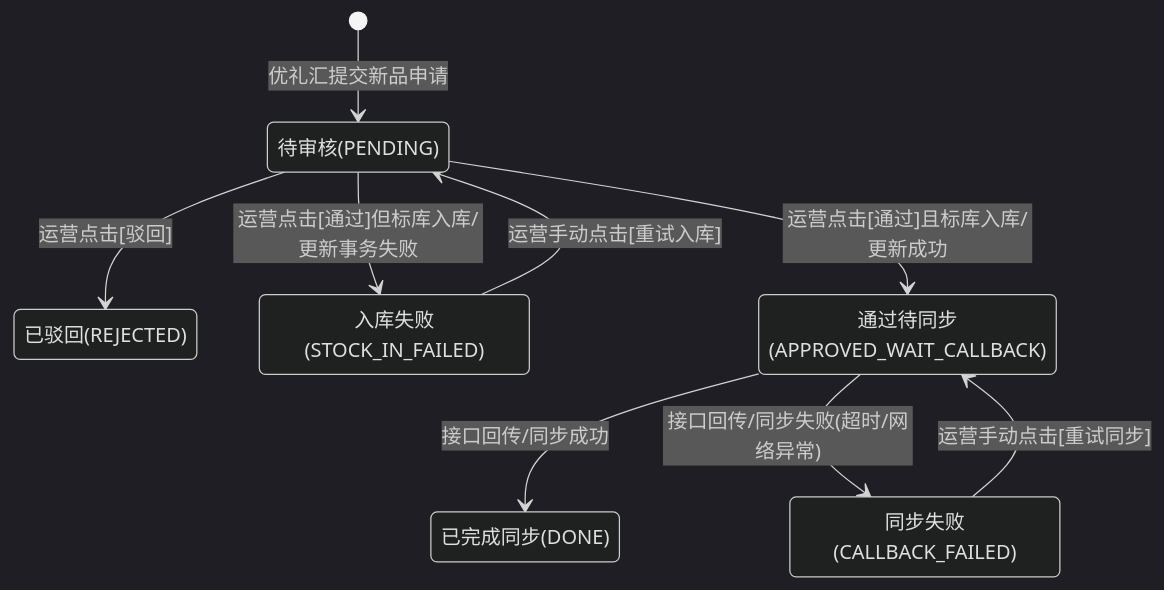
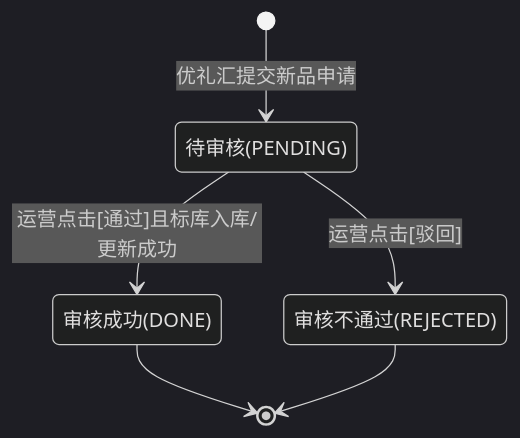
The first of 3 diagrams in .trae/documents/海典商品标库-优礼汇对接-可点击原型PRD.md (hnxief-code/shangpin-platform-sync), drawn with Mermaid (dark theme) before and after one commit. The commit also changed other lines of this file and 3 other files, not shown here.

````diff
--- a/.trae/documents/海典商品标库-优礼汇对接-可点击原型PRD.md
+++ b/.trae/documents/海典商品标库-优礼汇对接-可点击原型PRD.md
@@ -75,11 +73,8 @@
 ```mermaid
 stateDiagram-v2
     [*] --> 待审核(PENDING) : 优礼汇提交新品申请
-    待审核(PENDING) --> 已驳回(REJECTED) : 运营点击[驳回]
-    待审核(PENDING) --> 入库失败(STOCK_IN_FAILED) : 运营点击[通过]但标库入库/更新事务失败
-    入库失败(STOCK_IN_FAILED) --> 待审核(PENDING) : 运营手动点击[重试入库]
-    待审核(PENDING) --> 通过待同步(APPROVED_WAIT_CALLBACK) : 运营点击[通过]且标库入库/更新成功
-    通过待同步(APPROVED_WAIT_CALLBACK) --> 已完成同步(DONE) : 接口回传/同步成功
-    通过待同步(APPROVED_WAIT_CALLBACK) --> 同步失败(CALLBACK_FAILED) : 接口回传/同步失败(超时/网络异常)
-    同步失败(CALLBACK_FAILED) --> 通过待同步(APPROVED_WAIT_CALLBACK) : 运营手动点击[重试同步]
+    待审核(PENDING) --> 审核不通过(REJECTED) : 运营点击[驳回]
+    待审核(PENDING) --> 审核成功(DONE) : 运营点击[通过]且标库入库/更新成功
+    审核成功(DONE) --> [*]
+    审核不通过(REJECTED) --> [*]
 ```
````
